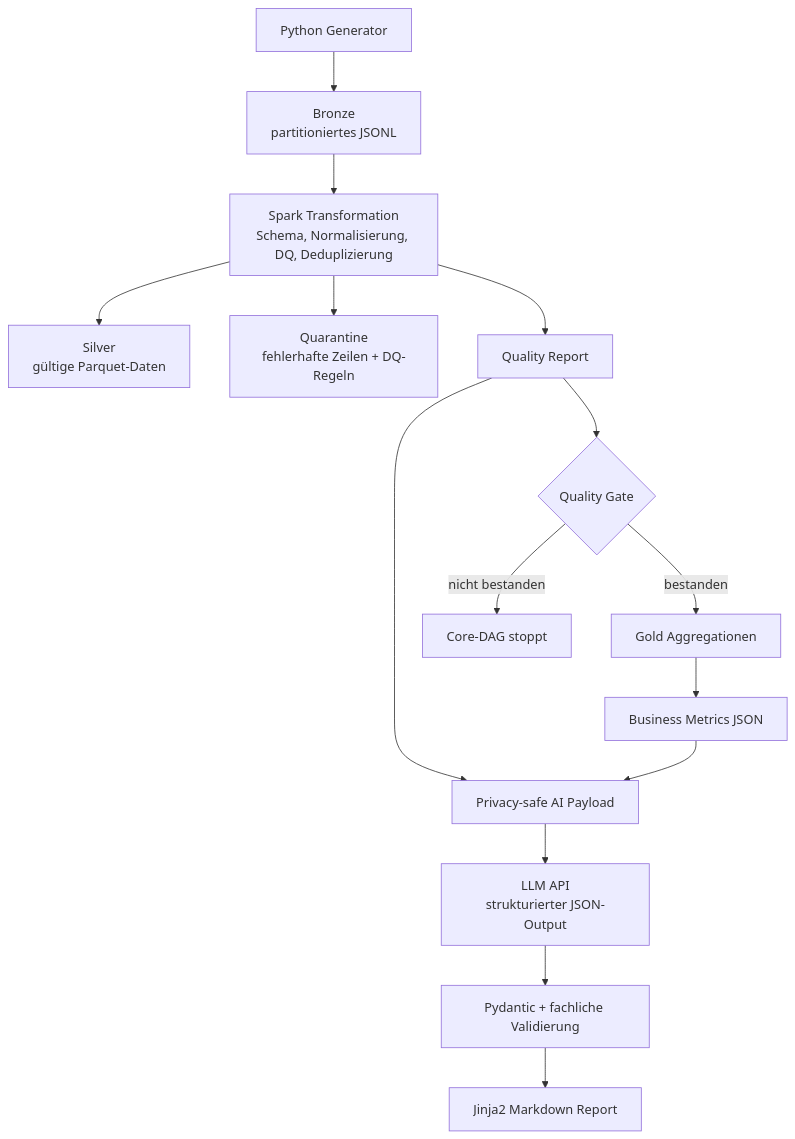
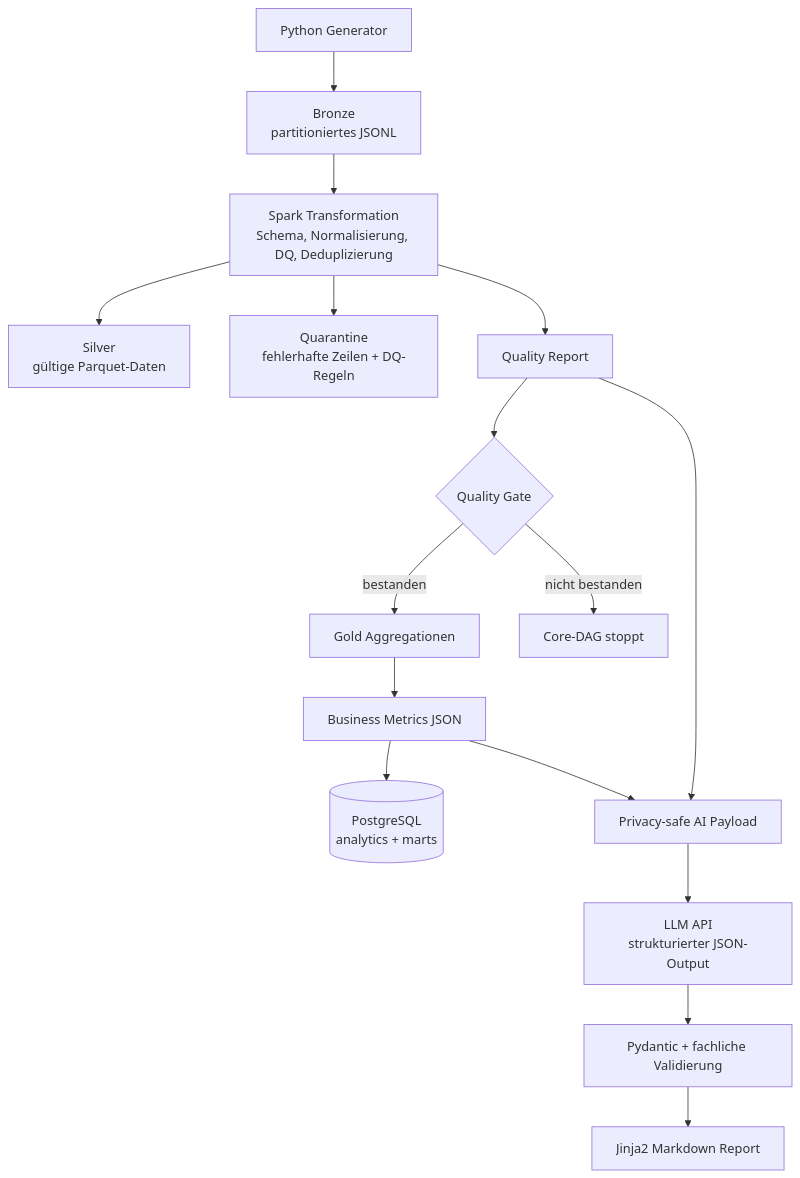
The diagram in README.md (Jakob-Benjamin-Dorn/Batch_Transaktionsdaten_Verarbeitung), drawn with Mermaid before and after one commit. The commit also changed other lines of this file and 8 other files, not shown here.

````diff
--- a/README.md
+++ b/README.md
@@ -15,17 +15,18 @@
 ```mermaid
 flowchart TD
     G[Python Generator] --> B[Bronze<br/>partitioniertes JSONL]
     B --> S[Spark Transformation<br/>Schema, Normalisierung, DQ, Deduplizierung]
     S --> V[Silver<br/>gültige Parquet-Daten]
     S --> Q[Quarantine<br/>fehlerhafte Zeilen + DQ-Regeln]
     S --> QR[Quality Report]
     QR --> QG{Quality Gate}
     QG -->|bestanden| GOLD[Gold Aggregationen]
     QG -->|nicht bestanden| FAIL[Core-DAG stoppt]
     GOLD --> BM[Business Metrics JSON]
+    BM --> PG[(PostgreSQL<br/>analytics + marts)]
     QR --> P[Privacy-safe AI Payload]
     BM --> P
     P --> AI[LLM API<br/>strukturierter JSON-Output]
     AI --> PV[Pydantic + fachliche Validierung]
     PV --> MD[Jinja2 Markdown Report]
 ```
````
